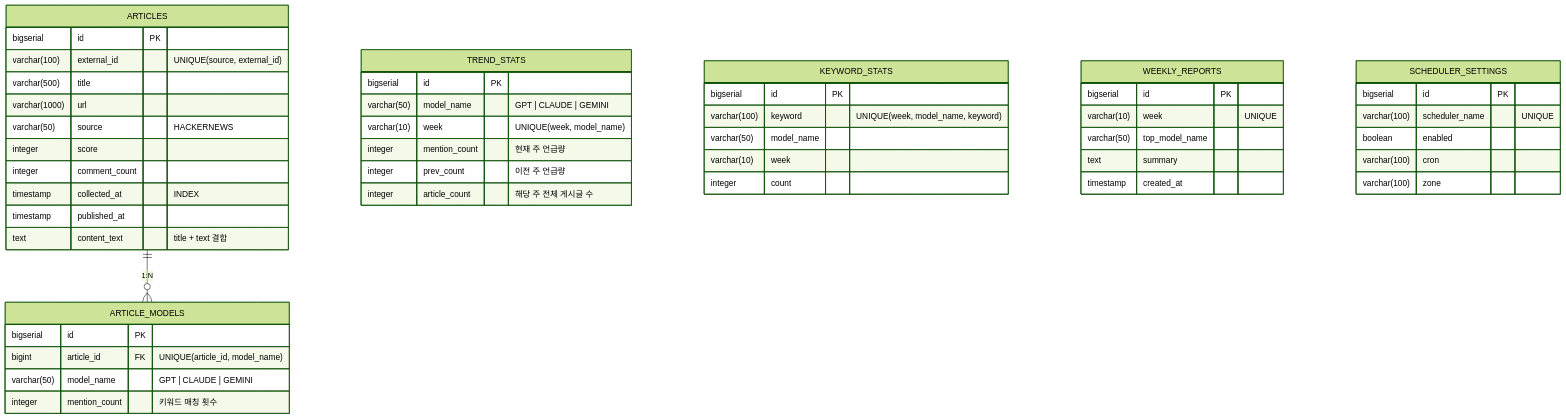
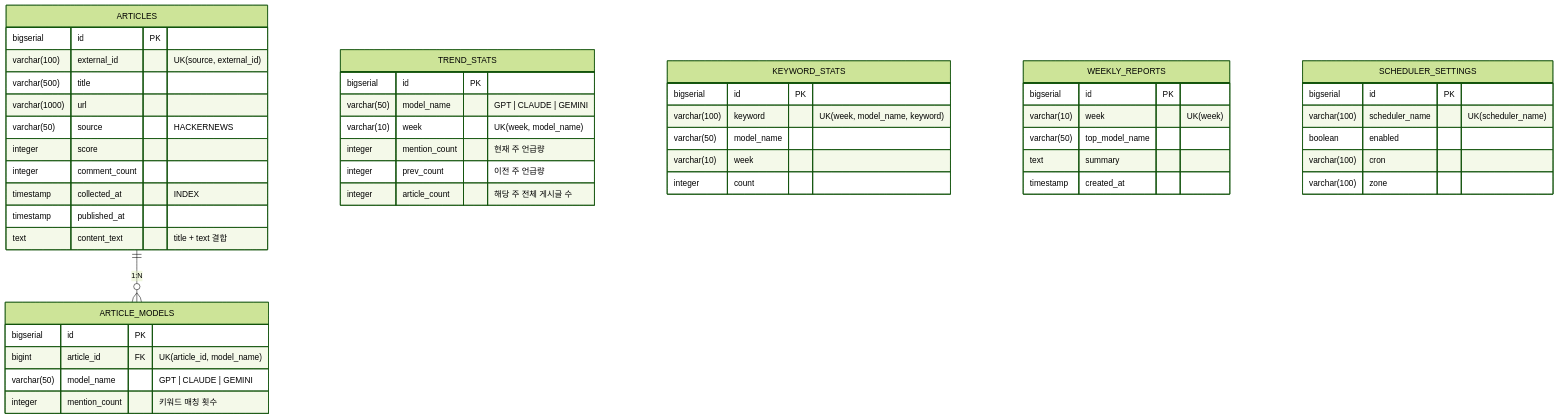
One commit to ssuukko/benchmark changed the diagram in README.md. Above: the diagram before and after it, drawn with Mermaid (forest theme). The commit also changed other lines of this file, not shown here.

````diff
--- a/README.md
+++ b/README.md
@@ -213,56 +319,56 @@
 ```mermaid
 erDiagram
     ARTICLES ||--o{ ARTICLE_MODELS : "1:N"
     ARTICLES {
         bigserial id PK
-        varchar(100) external_id "UNIQUE(source, external_id)"
+        varchar(100) external_id "UK(source, external_id)"
         varchar(500) title
         varchar(1000) url
         varchar(50) source "HACKERNEWS"
         integer score
         integer comment_count
         timestamp collected_at "INDEX"
         timestamp published_at
         text content_text "title + text 결합"
     }
 
     ARTICLE_MODELS {
         bigserial id PK
-        bigint article_id FK "UNIQUE(article_id, model_name)"
+        bigint article_id FK "UK(article_id, model_name)"
         varchar(50) model_name "GPT | CLAUDE | GEMINI"
         integer mention_count "키워드 매칭 횟수"
     }
 
     TREND_STATS {
         bigserial id PK
         varchar(50) model_name "GPT | CLAUDE | GEMINI"
-        varchar(10) week "UNIQUE(week, model_name)"
+        varchar(10) week "UK(week, model_name)"
         integer mention_count "현재 주 언급량"
         integer prev_count "이전 주 언급량"
         integer article_count "해당 주 전체 게시글 수"
     }
 
     KEYWORD_STATS {
         bigserial id PK
-        varchar(100) keyword "UNIQUE(week, model_name, keyword)"
+        varchar(100) keyword "UK(week, model_name, keyword)"
         varchar(50) model_name
         varchar(10) week
         integer count
     }
 
     WEEKLY_REPORTS {
         bigserial id PK
-        varchar(10) week "UNIQUE"
+        varchar(10) week "UK(week)"
         varchar(50) top_model_name
         text summary
         timestamp created_at
     }
 
     SCHEDULER_SETTINGS {
         bigserial id PK
-        varchar(100) scheduler_name "UNIQUE"
+        varchar(100) scheduler_name "UK(scheduler_name)"
         boolean enabled
         varchar(100) cron
         varchar(100) zone
     }
 ```
````
